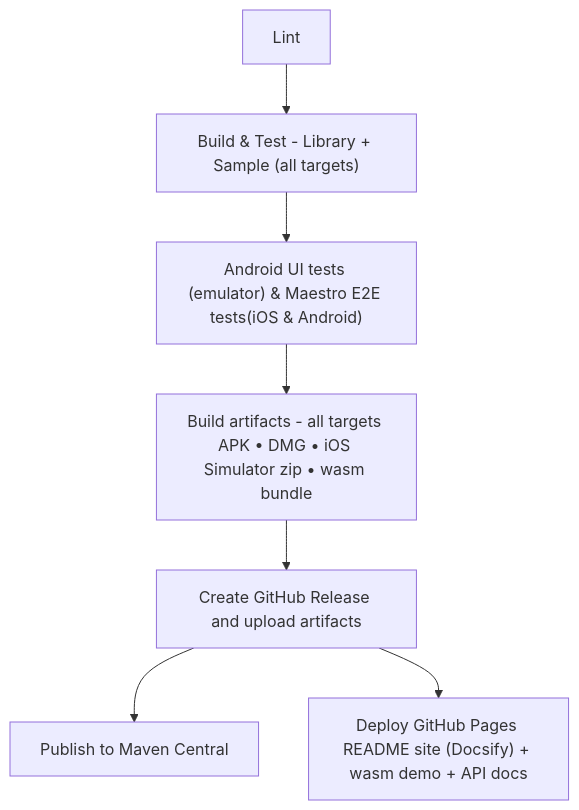
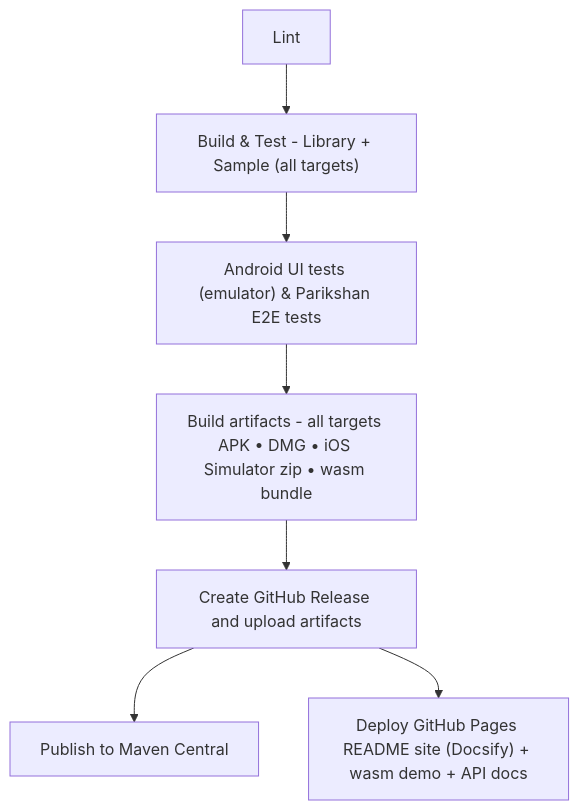
One commit to aryapreetam/parikshan changed the diagram in README.MD. Above: the diagram before and after it, drawn with Mermaid. The commit also changed other lines of this file and 21 other files, not shown here.

````diff
--- a/README.MD
+++ b/README.MD
@@ -241,9 +241,9 @@
 ```mermaid
 flowchart TD
     A["Lint"] --> B["Build & Test - Library + Sample (all targets)"]
-    B --> C["Android UI tests (emulator) & Maestro E2E tests(iOS & Android)"]
+    B --> C["Android UI tests (emulator) & Parikshan E2E tests"]
     C --> D["Build artifacts - all targets APK • DMG • iOS Simulator zip • wasm bundle"]
     D --> E["Create GitHub Release and upload artifacts"]
     E --> F["Publish to Maven Central"]
     E --> G["Deploy GitHub Pages README site (Docsify) + wasm demo + API docs"]
 ```
````
